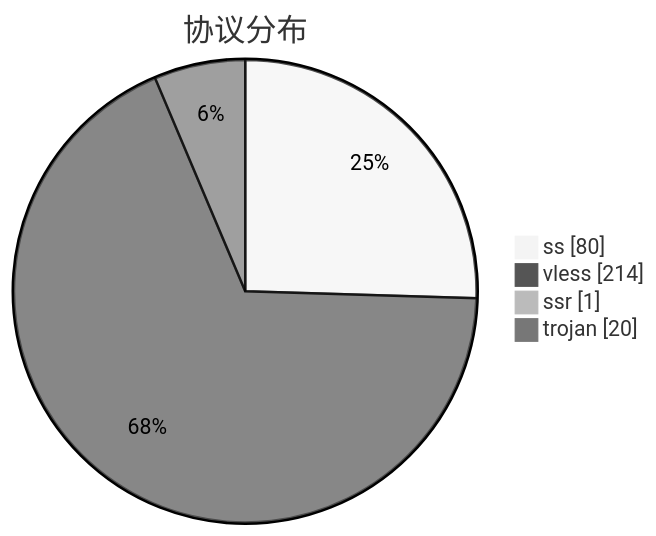
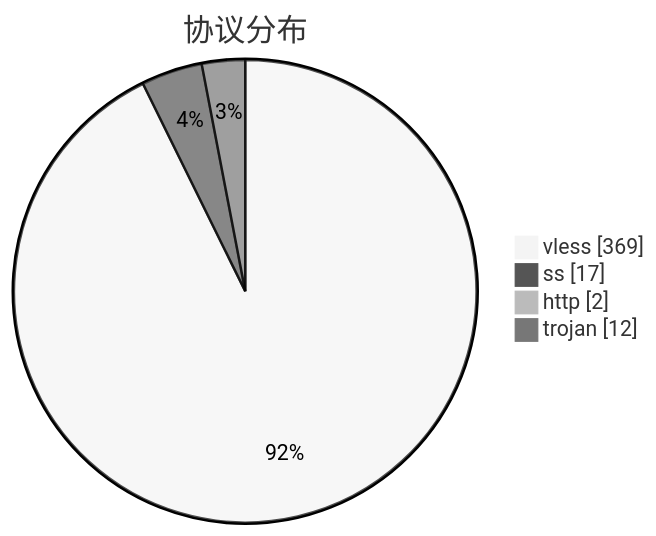
Before and after one commit to qjlxg/airport: the third of 3 diagrams in subs/statistics/tested_within.md, drawn with Mermaid (neutral theme). The commit also changed other lines of this file and 2 other files, not shown here.

````diff
--- a/subs/statistics/tested_within.md
+++ b/subs/statistics/tested_within.md
@@ -25,8 +29,8 @@
 ```mermaid
 pie showData
 title 协议分布
-"ss" : 80
-"vless" : 214
-"ssr" : 1
-"trojan" : 20
+"vless" : 369
+"ss" : 17
+"http" : 2
+"trojan" : 12
 ```
````
